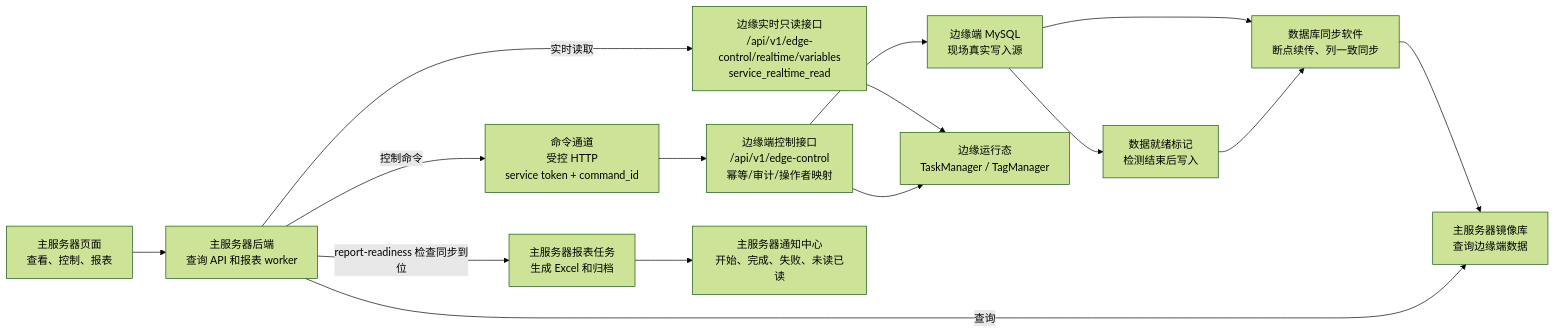
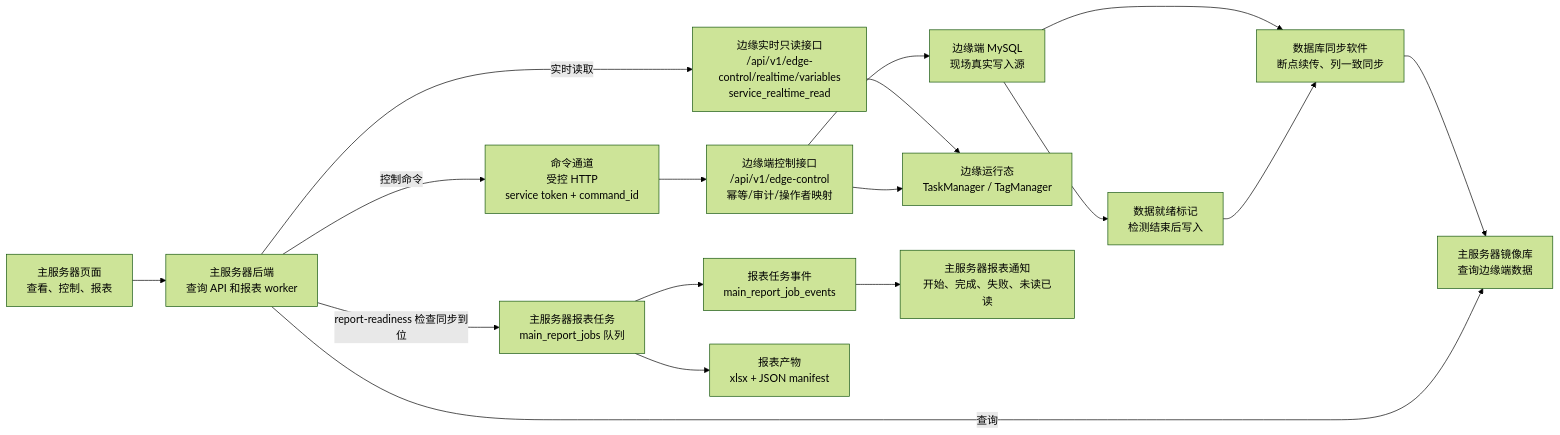
One commit to YufeiSun5/edge-terminal-SPT changed the sixth of 6 diagrams in backend/docs/边缘端全链路数据流转与分发图.md. Above: the diagram before and after it, drawn with Mermaid (forest theme). The commit also changed other lines of this file and 123 other files, not shown here.

````diff
--- a/backend/docs/边缘端全链路数据流转与分发图.md
+++ b/backend/docs/边缘端全链路数据流转与分发图.md
@@ -589,20 +637,22 @@
 ```mermaid
 flowchart LR
   边缘库["边缘端 MySQL\n现场真实写入源"] --> 同步软件["数据库同步软件\n断点续传、列一致同步"]
   同步软件 --> 主镜像库["主服务器镜像库\n查询边缘端数据"]
 
   主页面["主服务器页面\n查看、控制、报表"] --> 主后端["主服务器后端\n查询 API 和报表 worker"]
   主后端 -->|查询| 主镜像库
   主后端 -->|实时读取| 边缘实时读取["边缘实时只读接口\n/api/v1/edge-control/realtime/variables\nservice_realtime_read"]
   边缘实时读取 --> 边缘运行态["边缘运行态\nTaskManager / TagManager"]
 
   主后端 -->|控制命令| 命令通道["命令通道\n受控 HTTP\nservice token + command_id"]
   命令通道 --> 边缘控制["边缘端控制接口\n/api/v1/edge-control\n幂等/审计/操作者映射"]
   边缘控制 --> 边缘库
   边缘控制 --> 边缘运行态
 
   边缘库 --> 数据就绪["数据就绪标记\n检测结束后写入"]
   数据就绪 --> 同步软件
-  主后端 -->|report-readiness 检查同步到位| 报表任务["主服务器报表任务\n生成 Excel 和归档"]
-  报表任务 --> 主通知["主服务器通知中心\n开始、完成、失败、未读已读"]
+  主后端 -->|report-readiness 检查同步到位| 报表任务["主服务器报表任务\nmain_report_jobs 队列"]
+  报表任务 --> 报表事件["报表任务事件\nmain_report_job_events"]
+  报表任务 --> 报表产物["报表产物\nxlsx + JSON manifest"]
+  报表事件 --> 主通知["主服务器报表通知\n开始、完成、失败、未读已读"]
 ```
````
